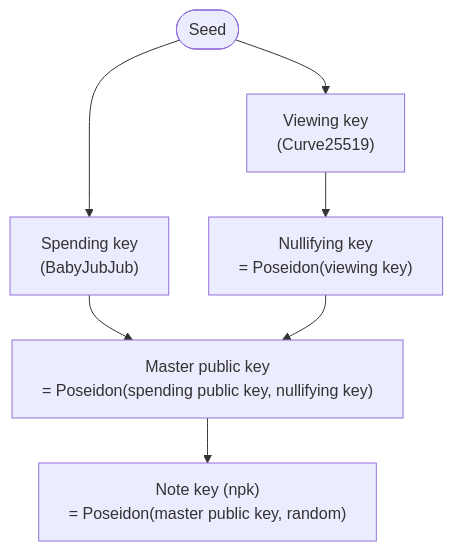
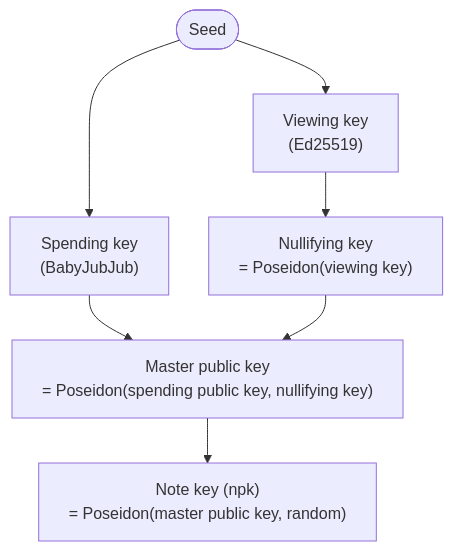
Before and after one commit to ship-armada/armada-docs: the diagram in docs/crypto/index.md, drawn with Mermaid. The commit also changed other lines of this file and 23 other files, not shown here.

````diff
--- a/docs/crypto/index.md
+++ b/docs/crypto/index.md
@@ -61,10 +62,10 @@
 ```mermaid
 %%{init: {"flowchart": {"wrappingWidth": 500, "nodeSpacing": 40, "rankSpacing": 45}, "themeVariables": {"fontSize": "16px"}}}%%
 flowchart TB
   S(["Seed"]) --> SP["Spending key<br/>(BabyJubJub)"]
-  S --> VP["Viewing key<br/>(Curve25519)"]
+  S --> VP["Viewing key<br/>(Ed25519)"]
   VP --> NK["Nullifying key<br/>= Poseidon(viewing key)"]
   SP --> MPK["Master public key<br/>= Poseidon(spending public key, nullifying key)"]
   NK --> MPK
   MPK --> NPK["Note key (npk)<br/>= Poseidon(master public key, random)"]
 ```
````
